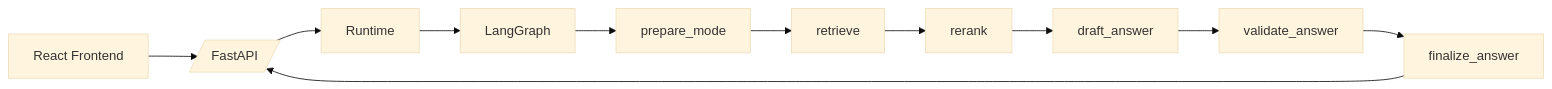
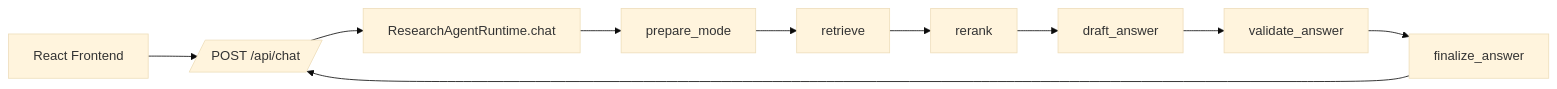
The first of 3 diagrams in README.md (Paraxanos/research_agent), drawn with Mermaid (base theme) before and after one commit. The commit also changed other lines of this file and 10 other files, not shown here.

````diff
--- a/README.md
+++ b/README.md
@@ -23,13 +23,12 @@
 ```mermaid
 flowchart LR
-  UI[React Frontend] --> API[/FastAPI/]
-  API --> RT[Runtime]
-  RT --> LG[LangGraph]
-  LG --> PM[prepare_mode]
-  PM --> RET[retrieve]
-  RET --> RR[rerank]
-  RR --> D[draft_answer]
-  D --> V[validate_answer]
-  V --> F[finalize_answer]
-  F --> API
+  UI[React Frontend] --> API[/POST /api/chat/]
+  API --> RT[ResearchAgentRuntime.chat]
+  RT --> PREP[prepare_mode]
+  PREP --> RETR[retrieve]
+  RETR --> RERANK[rerank]
+  RERANK --> DRAFT[draft_answer]
+  DRAFT --> VALID[validate_answer]
+  VALID --> FINAL[finalize_answer]
+  FINAL --> API
 ```
````
